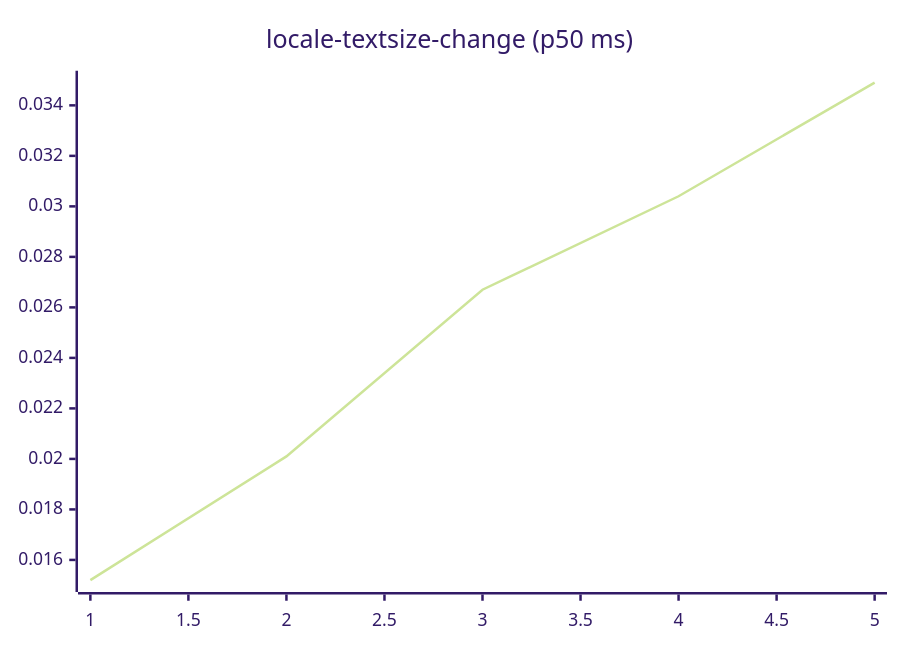
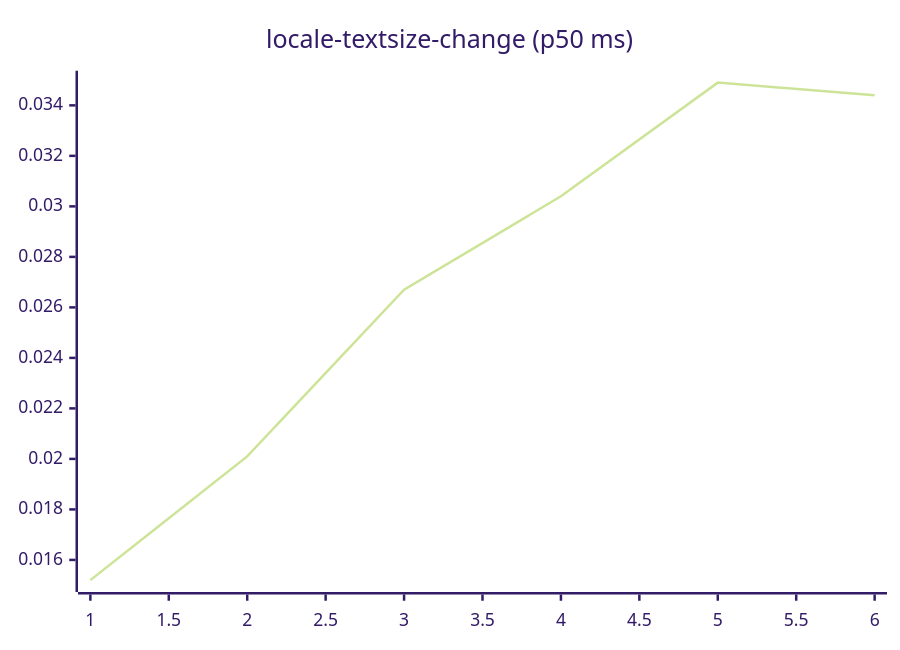
One commit to josha/Facet changed diagram 13 of 27 in README.md. Above: the diagram before and after it, drawn with Mermaid (forest theme). The commit also changed other lines of this file and 2 other files, not shown here.

````diff
--- a/README.md
+++ b/README.md
@@ -147,6 +147,6 @@
 ```mermaid
 xychart-beta
     title "locale-textsize-change (p50 ms)"
-    x-axis 1 --> 5
-    line [0.0152, 0.0201, 0.0267, 0.0304, 0.0349]
+    x-axis 1 --> 6
+    line [0.0152, 0.0201, 0.0267, 0.0304, 0.0349, 0.0344]
 ```
````
